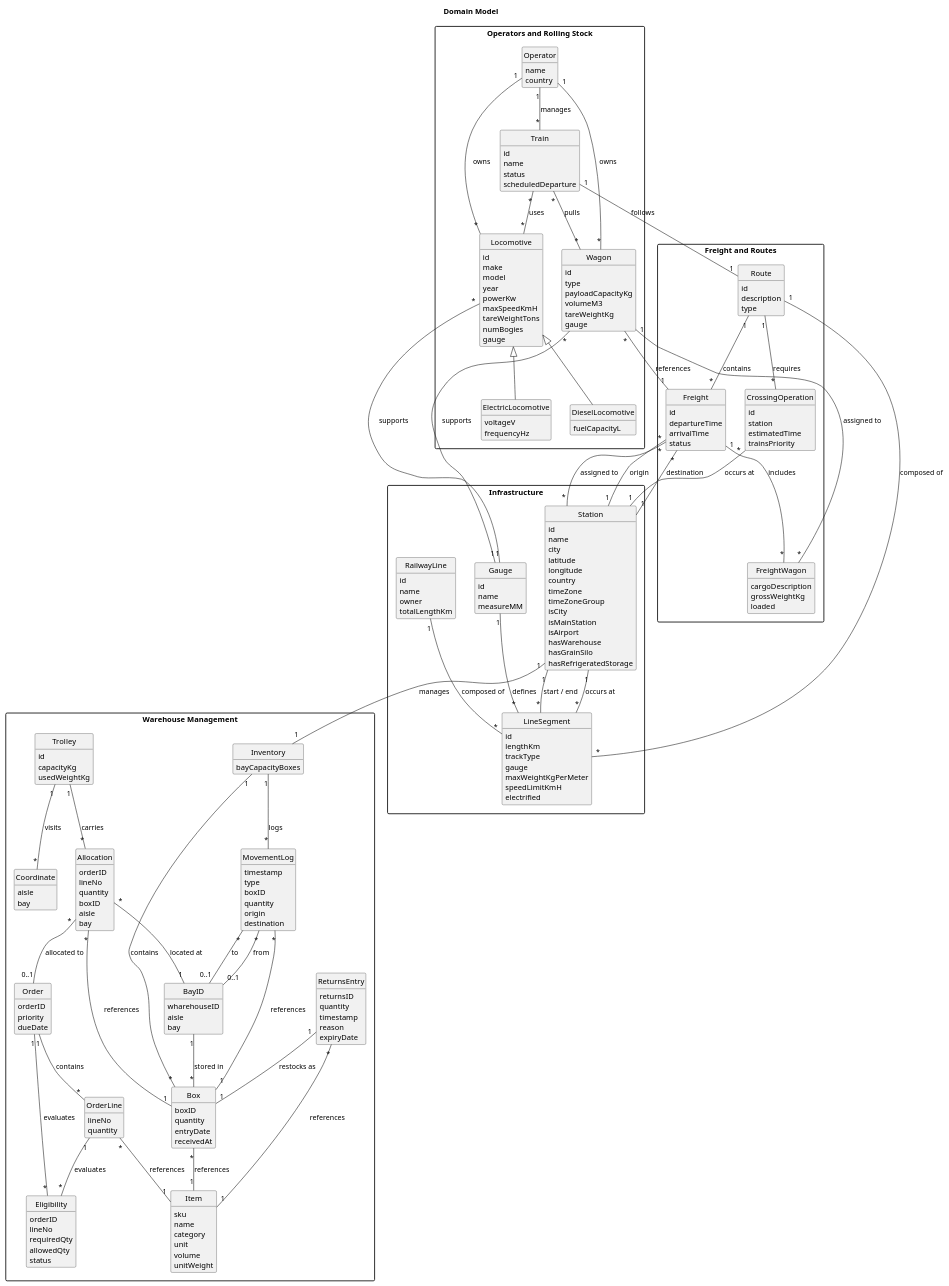
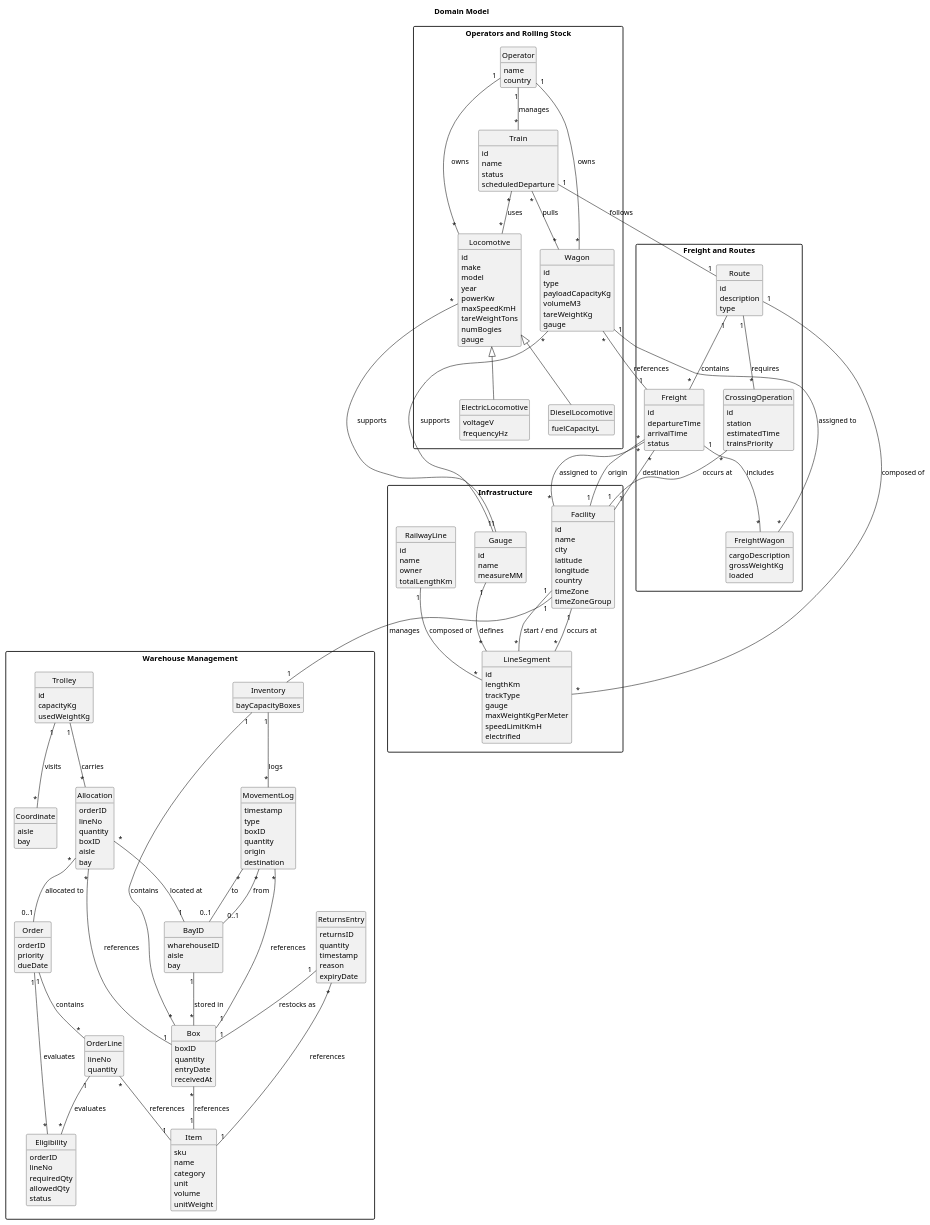
Before and after one commit to AfonsoMachado1892/Logistics-on-Rails: the diagram in definitive-structure/docs/system-documentation/global-artifacts/02.analysis/puml/domain-model.puml, drawn with PlantUML.

Commit message:
[docs] DM: Small corrections

```diff
--- a/definitive-structure/docs/system-documentation/global-artifacts/02.analysis/puml/domain-model.puml
+++ b/definitive-structure/docs/system-documentation/global-artifacts/02.analysis/puml/domain-model.puml
@@ -30,7 +30,7 @@
         measureMM
     }
 
-    class Station {
+    class Facility {
         id
         name
         city
@@ -39,18 +39,12 @@
         country
         timeZone
         timeZoneGroup
-        isCity
-        isMainStation
-        isAirport
-        hasWarehouse
-        hasGrainSilo
-        hasRefrigeratedStorage
     }
 
     RailwayLine "1" -- "*" LineSegment : composed of
     Gauge "1" -- "*" LineSegment : defines
-    Station "1" -- "*" LineSegment : occurs at
-    Station "1" -- "*" LineSegment : start / end
+    Facility "1" -- "*" LineSegment : occurs at
+    Facility "1" -- "*" LineSegment : start / end
 }
 
 package "Freight and Routes" {
@@ -83,11 +77,11 @@
     Route "1" -- "*" Freight : contains
     Route "1" -- "*" CrossingOperation : requires
     Route "1" -- "*" LineSegment : composed of
-    CrossingOperation "*" -- "1" Station : occurs at
+    CrossingOperation "*" -- "1" Facility : occurs at
     Freight "1" -- "*" FreightWagon : includes
-    Freight "*" -- "1" Station : origin
-    Freight "*" -- "1" Station : destination
-    Freight "*" -- "*" Station : assigned to
+    Freight "*" -- "1" Facility : origin
+    Freight "*" -- "1" Facility : destination
+    Freight "*" -- "*" Facility : assigned to
 }
 
 package "Operators and Rolling Stock" {
@@ -231,7 +225,7 @@
         bay
     }
 
-    Station "1" -- "1" Inventory : manages
+    Facility "1" -- "1" Inventory : manages
 
     Inventory "1" -- "*" MovementLog : logs
     Inventory "1" -- "*" Box : contains
```
